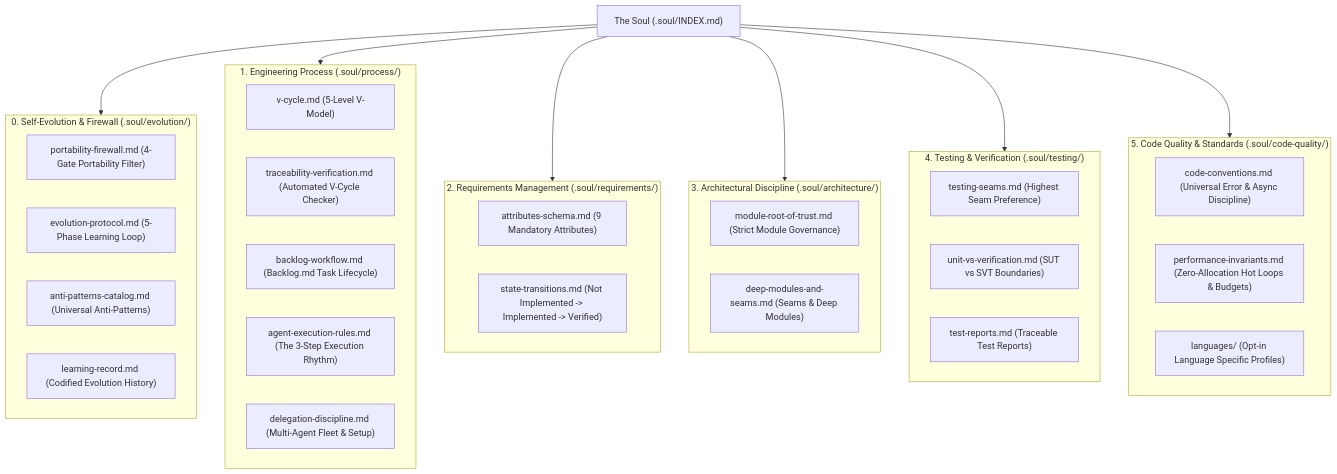
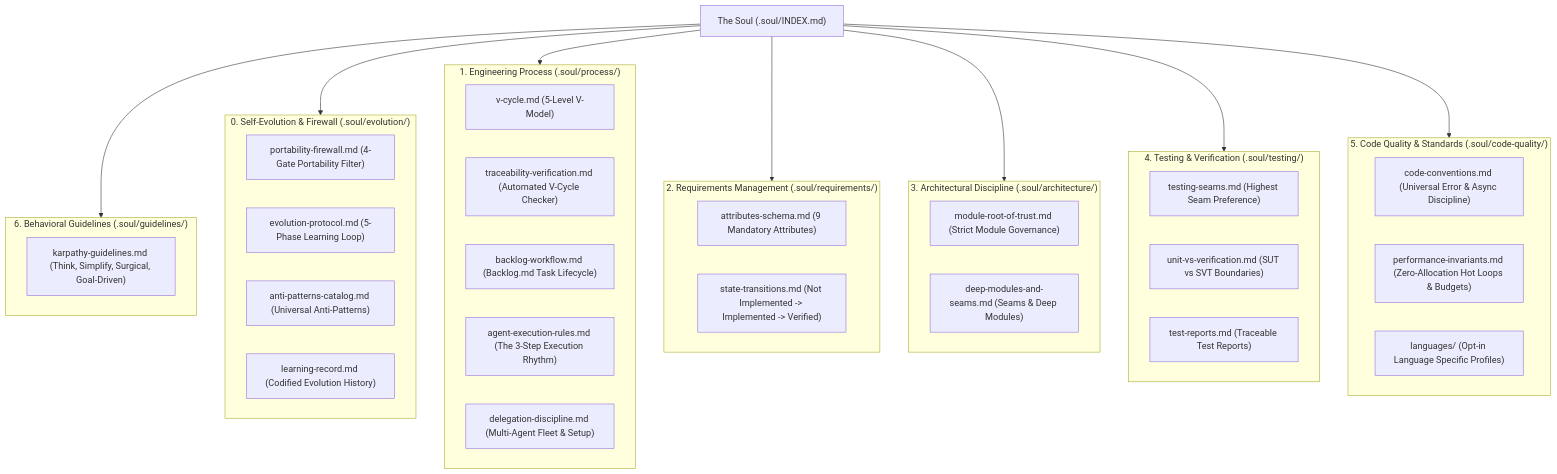
The diagram in .soul/INDEX.md (mr0bit/agmux), drawn with Mermaid before and after one commit. The commit also changed other lines of this file and 2 other files, not shown here.

Commit message:
feat(soul): integrate Karpathy behavioral guidelines and dynamic reading protocol

````diff
--- a/.soul/INDEX.md
+++ b/.soul/INDEX.md
@@ -7,48 +7,53 @@
 ```mermaid
 flowchart TD
     Soul["The Soul (.soul/INDEX.md)"]
     
+    subgraph Guidelines["6. Behavioral Guidelines (.soul/guidelines/)"]
+        Karpathy["karpathy-guidelines.md (Think, Simplify, Surgical, Goal-Driven)"]
+    end
+
     subgraph Evolution["0. Self-Evolution & Firewall (.soul/evolution/)"]
         Firewall["portability-firewall.md (4-Gate Portability Filter)"]
         Protocol["evolution-protocol.md (5-Phase Learning Loop)"]
         AntiPatterns["anti-patterns-catalog.md (Universal Anti-Patterns)"]
         Ledger["learning-record.md (Codified Evolution History)"]
     end
 
     subgraph Process["1. Engineering Process (.soul/process/)"]
         VCycle["v-cycle.md (5-Level V-Model)"]
         TraceCheck["traceability-verification.md (Automated V-Cycle Checker)"]
         Backlog["backlog-workflow.md (Backlog.md Task Lifecycle)"]
         ExecRules["agent-execution-rules.md (The 3-Step Execution Rhythm)"]
         Delegation["delegation-discipline.md (Multi-Agent Fleet & Setup)"]
     end
     
     subgraph Requirements["2. Requirements Management (.soul/requirements/)"]
         AttrSchema["attributes-schema.md (9 Mandatory Attributes)"]
         StateTrans["state-transitions.md (Not Implemented -> Implemented -> Verified)"]
     end
     
     subgraph Architecture["3. Architectural Discipline (.soul/architecture/)"]
         ModuleTrust["module-root-of-trust.md (Strict Module Governance)"]
         DeepSeams["deep-modules-and-seams.md (Seams & Deep Modules)"]
     end
     
     subgraph Testing["4. Testing & Verification (.soul/testing/)"]
         Seams["testing-seams.md (Highest Seam Preference)"]
         UnitVsVerif["unit-vs-verification.md (SUT vs SVT Boundaries)"]
         TestReports["test-reports.md (Traceable Test Reports)"]
     end
     
     subgraph CodeQuality["5. Code Quality & Standards (.soul/code-quality/)"]
         Conventions["code-conventions.md (Universal Error & Async Discipline)"]
         PerfInvariants["performance-invariants.md (Zero-Allocation Hot Loops & Budgets)"]
         LangProfiles["languages/ (Opt-in Language Specific Profiles)"]
     end
 
+    Soul --> Guidelines
     Soul --> Evolution
     Soul --> Process
     Soul --> Requirements
     Soul --> Architecture
     Soul --> Testing
     Soul --> CodeQuality
 ```
````
